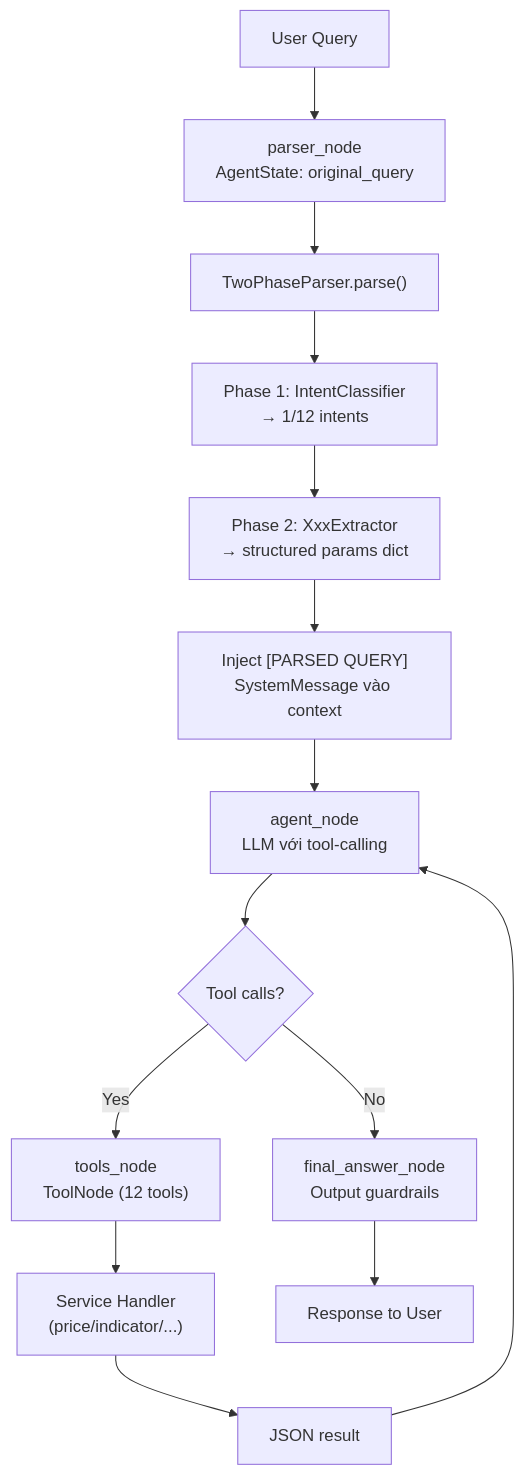
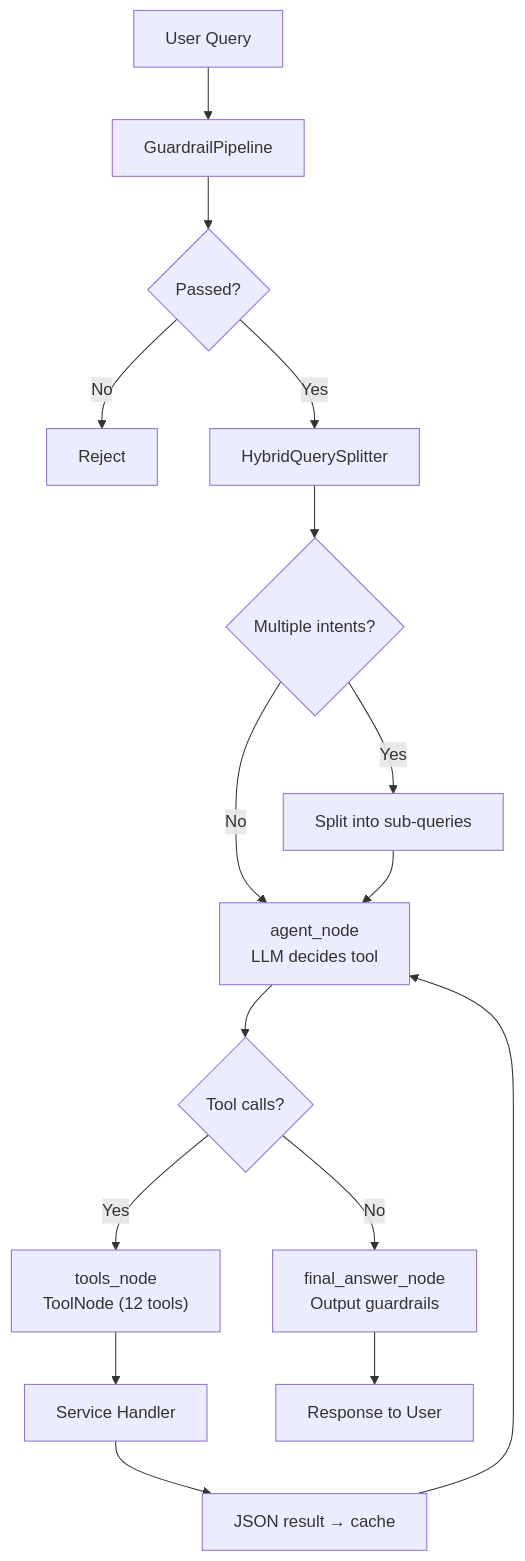
The diagram in README.md (minhtb105/financial_insight_agent), drawn with Mermaid before and after one commit. The commit also changed other lines of this file and 190 other files, not shown here.

First line of the commit message:
refactor(agent)!: replace extractor pipeline with LangGraph ReAct tool-calling Drop two-phase parser, intent classifier, and per-intent LLM extractors in favor of a LangGraph ReAct loop where the model selects tools directly.

````diff
--- a/README.md
+++ b/README.md
@@ -137,16 +107,18 @@
 ```mermaid
 flowchart TD
-    A["User Query"] --> B["parser_node<br>AgentState: original_query"]
-    B --> C["TwoPhaseParser.parse()"]
-    C --> D["Phase 1: IntentClassifier<br>→ 1/12 intents"]
-    D --> E["Phase 2: XxxExtractor<br>→ structured params dict"]
-    E --> F["Inject [PARSED QUERY]<br>SystemMessage vào context"]
-    F --> G["agent_node<br>LLM với tool-calling"]
-    G --> H{"Tool calls?"}
-    H -->|"Yes"| I["tools_node<br>ToolNode (12 tools)"]
-    I --> J["Service Handler<br>(price/indicator/...)"]
-    J --> K["JSON result"]
-    K --> G
-    H -->|"No"| L["final_answer_node<br>Output guardrails"]
-    L --> M["Response to User"]
+    A["User Query"] --> B["GuardrailPipeline"]
+    B --> C{"Passed?"}
+    C -->|"No"| D["Reject"]
+    C -->|"Yes"| E["HybridQuerySplitter"]
+    E --> F{"Multiple intents?"}
+    F -->|"No"| G["agent_node<br>LLM decides tool"]
+    F -->|"Yes"| H["Split into sub-queries"]
+    H --> G
+    G --> I{"Tool calls?"}
+    I -->|"Yes"| J["tools_node<br>ToolNode (12 tools)"]
+    J --> K["Service Handler"]
+    K --> L["JSON result → cache"]
+    L --> G
+    I -->|"No"| M["final_answer_node<br>Output guardrails"]
+    M --> N["Response to User"]
 ```
````
